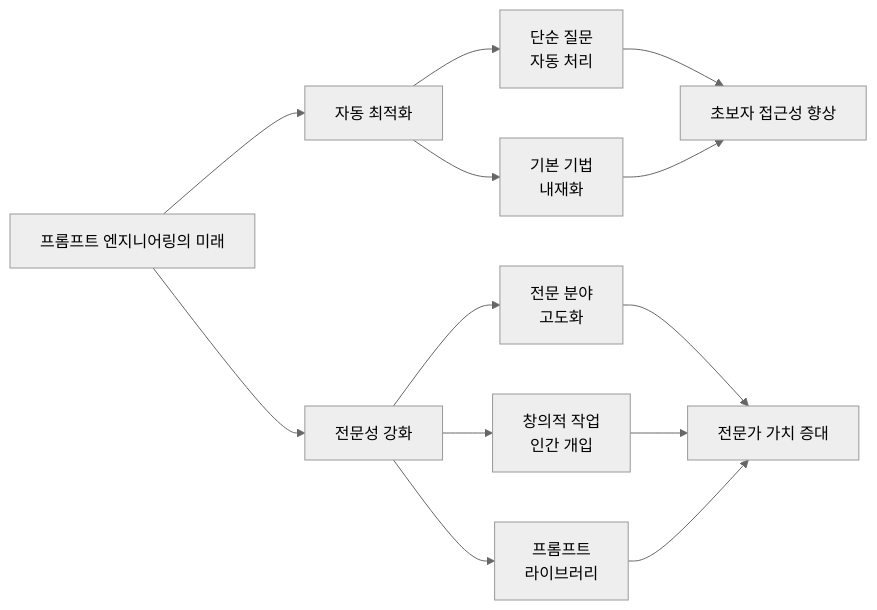
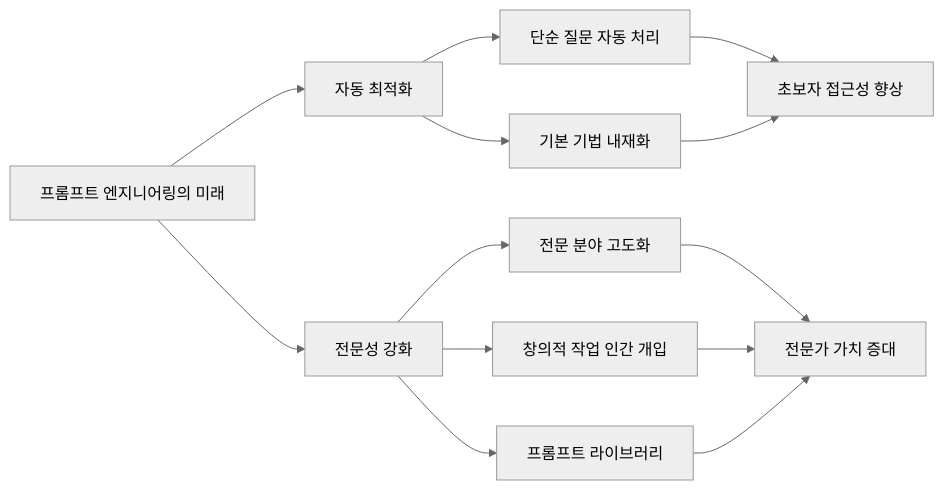
One commit to nugurejeil/weniVooks changed the third of 4 diagrams in _md/essentials-vibecoding/chapter04/04-4.md. Above: the diagram before and after it, drawn with Mermaid (neutral theme). The commit also changed other lines of this file and 133 other files, not shown here.

````diff
--- a/_md/essentials-vibecoding/chapter04/04-4.md
+++ b/_md/essentials-vibecoding/chapter04/04-4.md
@@ -175,15 +187,18 @@
 ```mermaid
 graph LR
     A["프롬프트 엔지니어링의 미래"] --> B["자동 최적화"]
     A --> C["전문성 강화"]
 
-    B --> B1["단순 질문<br/>자동 처리"]
-    B --> B2["기본 기법<br/>내재화"]
+    B --> B1["단순 질문 자동 처리"]
+    B --> B2["기본 기법 내재화"]
 
-    C --> C1["전문 분야<br/>고도화"]
-    C --> C2["창의적 작업<br/>인간 개입"]
-    C --> C3["프롬프트<br/>라이브러리"]
+    C --> C1["전문 분야 고도화"]
+    C --> C2["창의적 작업 인간 개입"]
+    C --> C3["프롬프트 라이브러리"]
 
-    B1 & B2 --> D["초보자 접근성 향상"]
-    C1 & C2 & C3 --> E["전문가 가치 증대"]
+    B1 --> D["초보자 접근성 향상"]
+    B2 --> D
+    C1 --> E["전문가 가치 증대"]
+    C2 --> E
+    C3 --> E
 ```
````
